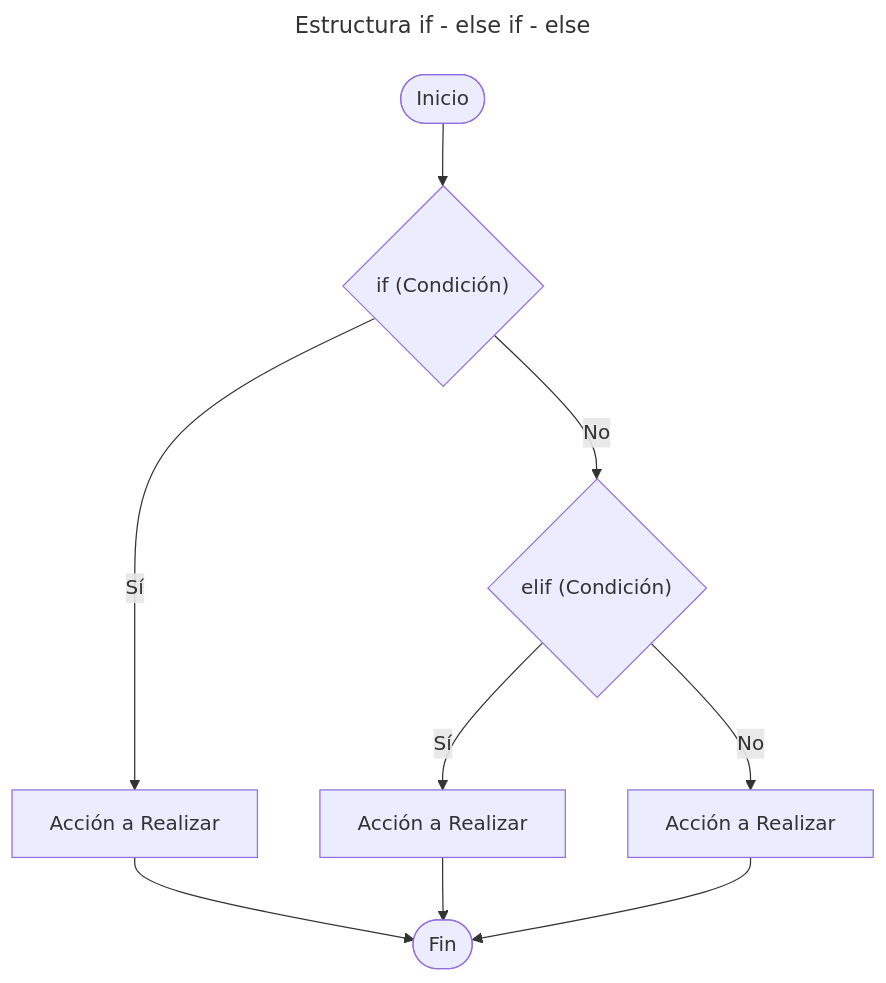
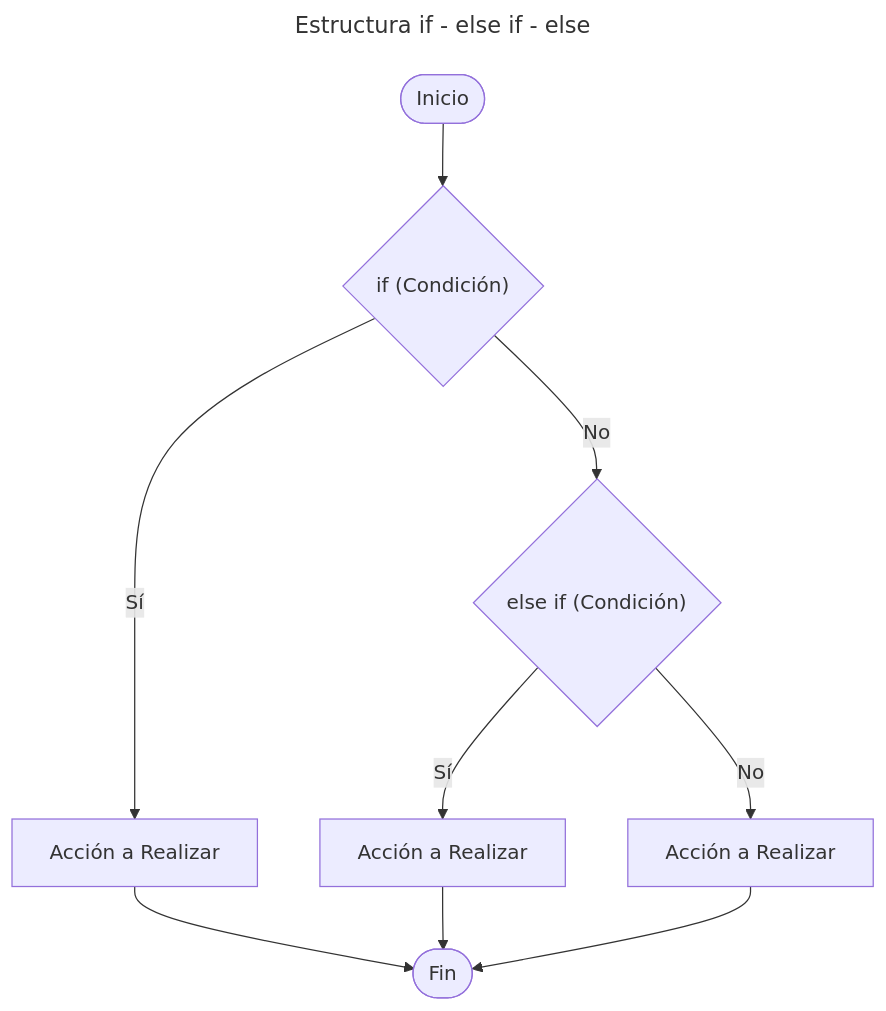
Before and after one commit to EnriqueChavezM/cpp-labs-and-tutorials: the third of 4 diagrams in 01_fundamentos/05_Estructuras_de_Control/01_Estructuras_de_Control.md, drawn with Mermaid. The commit also changed other lines of this file, not shown here.

Commit message:
Fix diagram syntax for else if structure and update example links in Estructuras de Control documentation

````diff
--- a/01_fundamentos/05_Estructuras_de_Control/01_Estructuras_de_Control.md
+++ b/01_fundamentos/05_Estructuras_de_Control/01_Estructuras_de_Control.md
@@ -99,14 +99,14 @@
 ```mermaid
 ---
 title: Estructura if - else if - else
 ---
 graph TD
     A(["Inicio"]) --> B{"if (Condición)"}
     B -- Sí --> C["Acción a Realizar"]
-    B -- No --> D{"elif (Condición)"}
+    B -- No --> D{"else if (Condición)"}
     D -- Sí --> E["Acción a Realizar"]
     D -- No --> F["Acción a Realizar"]
     C --> G(["Fin"])
     E --> G
     F --> G
 ```
````
